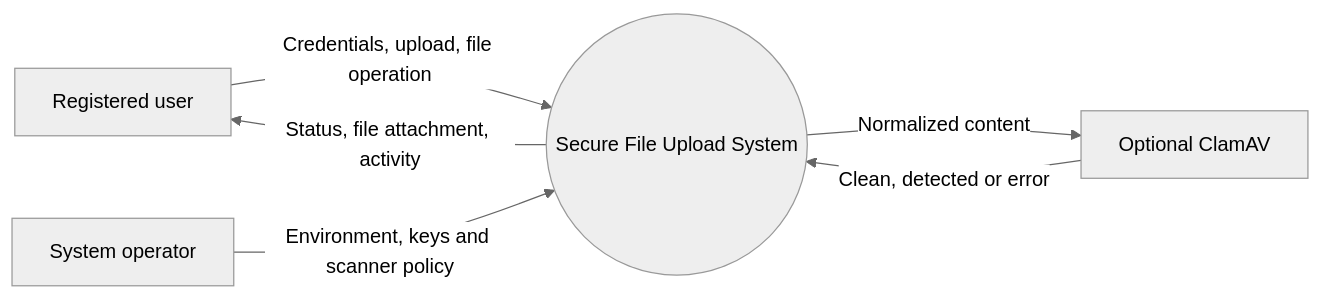
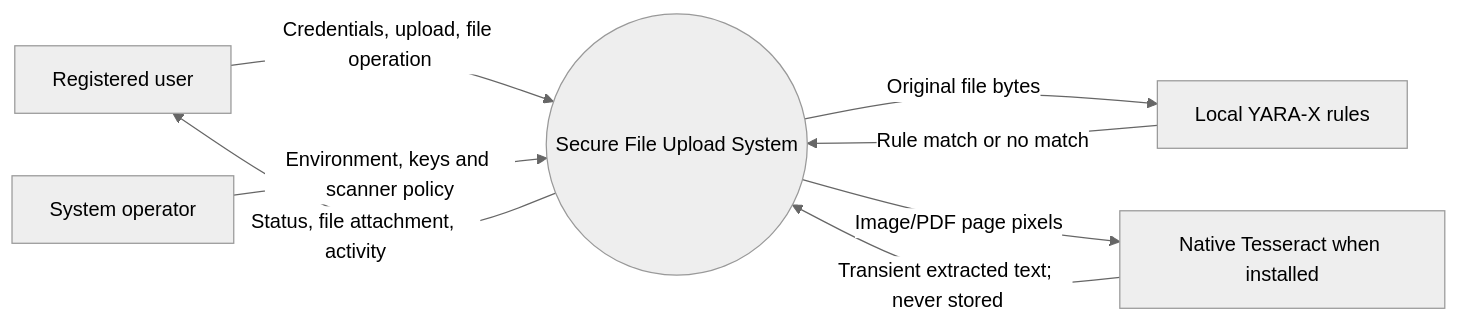
Before and after one commit to abhishekk-y/Secure-File-Upload-System: the second of 9 diagrams in docs/DIAGRAMS.md, drawn with Mermaid (neutral theme). The commit also changed other lines of this file and 48 other files, not shown here.

````diff
--- a/docs/DIAGRAMS.md
+++ b/docs/DIAGRAMS.md
@@ -24,8 +31,10 @@
 ```mermaid
 flowchart LR
     U[Registered user] -->|Credentials, upload, file operation| S((Secure File Upload System))
     S -->|Status, file attachment, activity| U
     O[System operator] -->|Environment, keys and scanner policy| S
-    S -->|Normalized content| C[Optional ClamAV]
-    C -->|Clean, detected or error| S
+    S -->|Original file bytes| Y[Local YARA-X rules]
+    S -->|Image/PDF page pixels| T[Native Tesseract when installed]
+    Y -->|Rule match or no match| S
+    T -->|Transient extracted text; never stored| S
 ```
````
